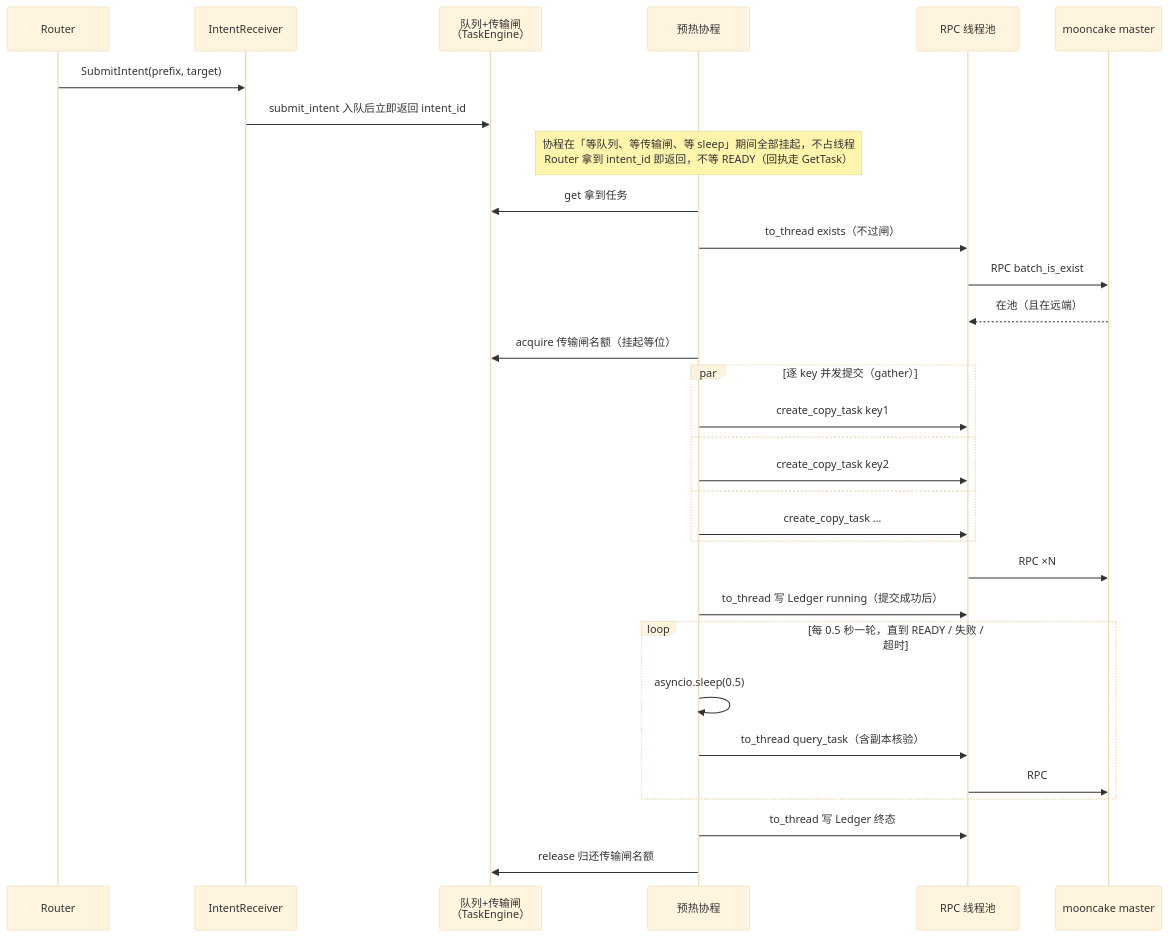
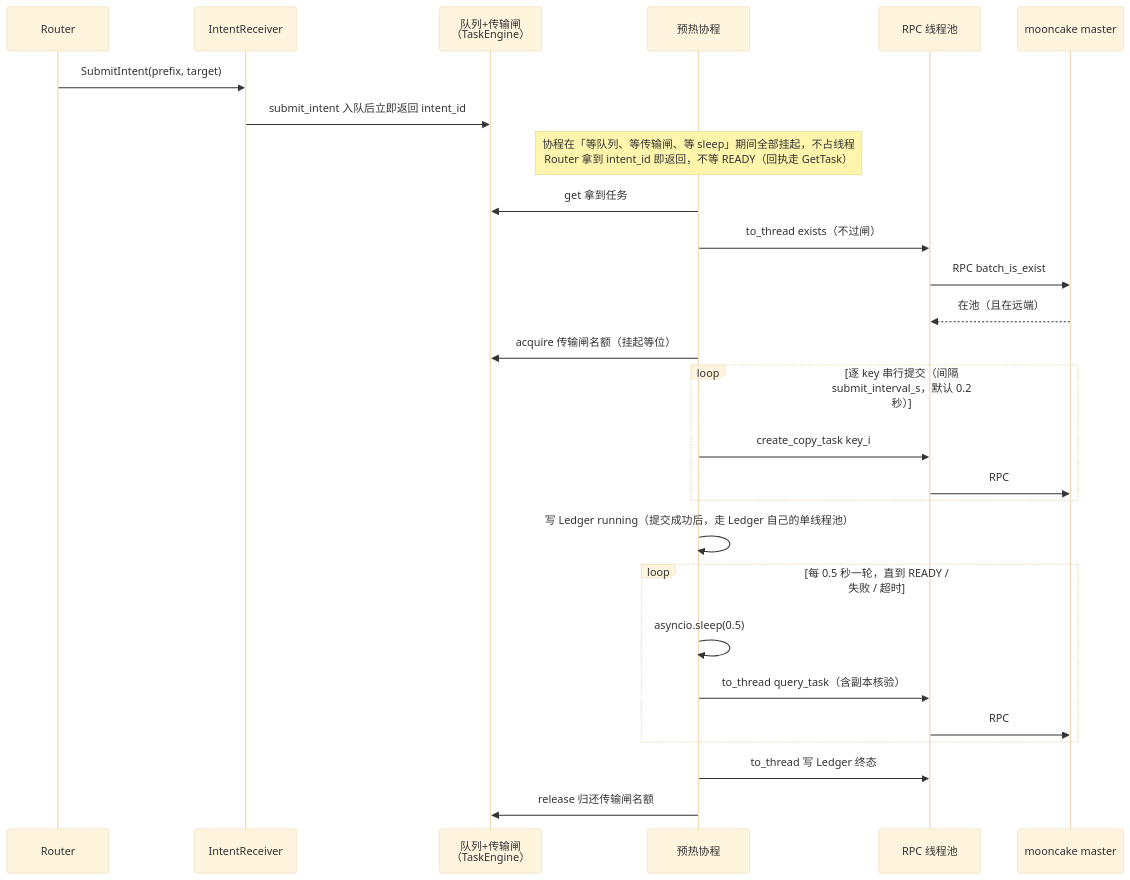
One commit to 5x8-40/lake changed the seventh of 7 diagrams in kvcm/design/code-architecture.md. Above: the diagram before and after it, drawn with Mermaid (base theme). The commit also changed other lines of this file and 6 other files, not shown here.

````diff
--- a/kvcm/design/code-architecture.md
+++ b/kvcm/design/code-architecture.md
@@ -441,34 +441,30 @@
 ```mermaid
 sequenceDiagram
     participant R as Router
     participant Recv as IntentReceiver
     participant Q as 队列+传输闸<br/>（TaskEngine）
     participant W as 预热协程
     participant Ex as RPC 线程池
     participant M as mooncake master
 
     R->>Recv: SubmitIntent(prefix, target)
     Recv->>Q: submit_intent 入队后立即返回 intent_id
     Note over W: 协程在「等队列、等传输闸、等 sleep」期间全部挂起，不占线程<br/>Router 拿到 intent_id 即返回，不等 READY（回执走 GetTask）
     W->>Q: get 拿到任务
     W->>Ex: to_thread exists（不过闸）
     Ex->>M: RPC batch_is_exist
     M-->>Ex: 在池（且在远端）
     W->>Q: acquire 传输闸名额（挂起等位）
-    par 逐 key 并发提交（gather）
-        W->>Ex: create_copy_task key1
-    and
-        W->>Ex: create_copy_task key2
-    and
-        W->>Ex: create_copy_task …
+    loop 逐 key 串行提交（间隔 submit_interval_s，默认 0.2 秒）
+        W->>Ex: create_copy_task key_i
+        Ex->>M: RPC
     end
-    Ex->>M: RPC ×N
-    W->>Ex: to_thread 写 Ledger running（提交成功后）
+    W->>W: 写 Ledger running（提交成功后，走 Ledger 自己的单线程池）
     loop 每 0.5 秒一轮，直到 READY / 失败 / 超时
         W->>W: asyncio.sleep(0.5)
         W->>Ex: to_thread query_task（含副本核验）
         Ex->>M: RPC
     end
     W->>Ex: to_thread 写 Ledger 终态
     W->>Q: release 归还传输闸名额
 ```
````
